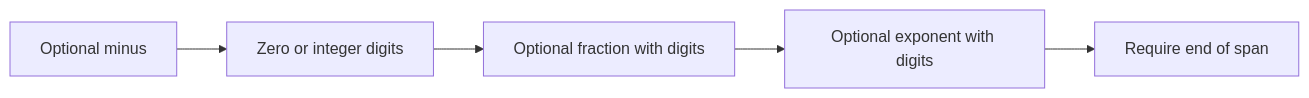
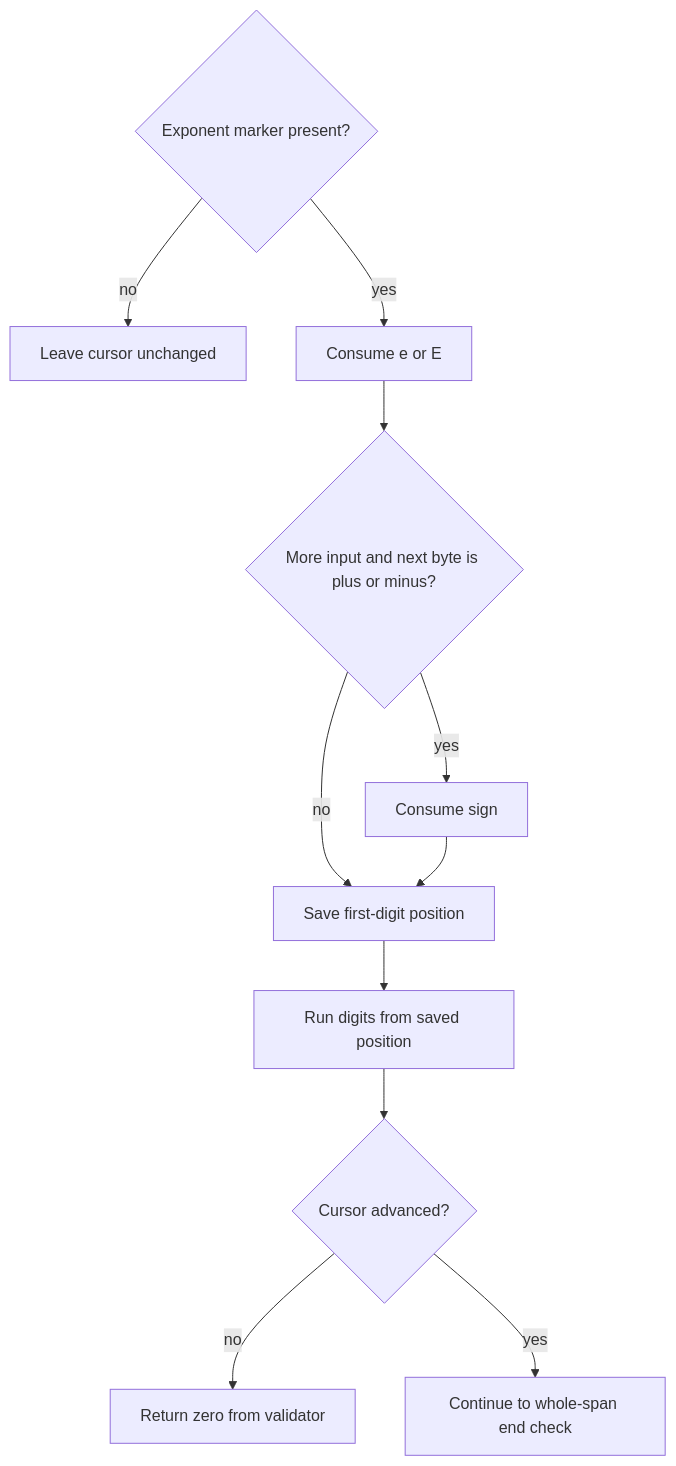
One commit to macchiato-dev/macchiato changed the second of 2 diagrams in dev/microwasm/numbers/02-json-number.md. Above: the diagram before and after it, drawn with Mermaid. The commit also changed other lines of this file and 3 other files, not shown here.

````diff
--- a/dev/microwasm/numbers/02-json-number.md
+++ b/dev/microwasm/numbers/02-json-number.md
@@ -54,7 +93,13 @@
 ```mermaid
-flowchart LR
-    A[Optional minus] --> B[Zero or integer digits]
-    B --> C[Optional fraction with digits]
-    C --> D[Optional exponent with digits]
-    D --> E[Require end of span]
+flowchart TD
+  A{Exponent marker present?} -- no --> R[Leave cursor unchanged]
+  A -- yes --> E[Consume e or E]
+  E --> S{More input and next byte is plus or minus?}
+  S -- yes --> C[Consume sign]
+  S -- no --> P[Save first-digit position]
+  C --> P
+  P --> D[Run digits from saved position]
+  D --> N{Cursor advanced?}
+  N -- no --> X[Return zero from validator]
+  N -- yes --> F[Continue to whole-span end check]
 ```
````
